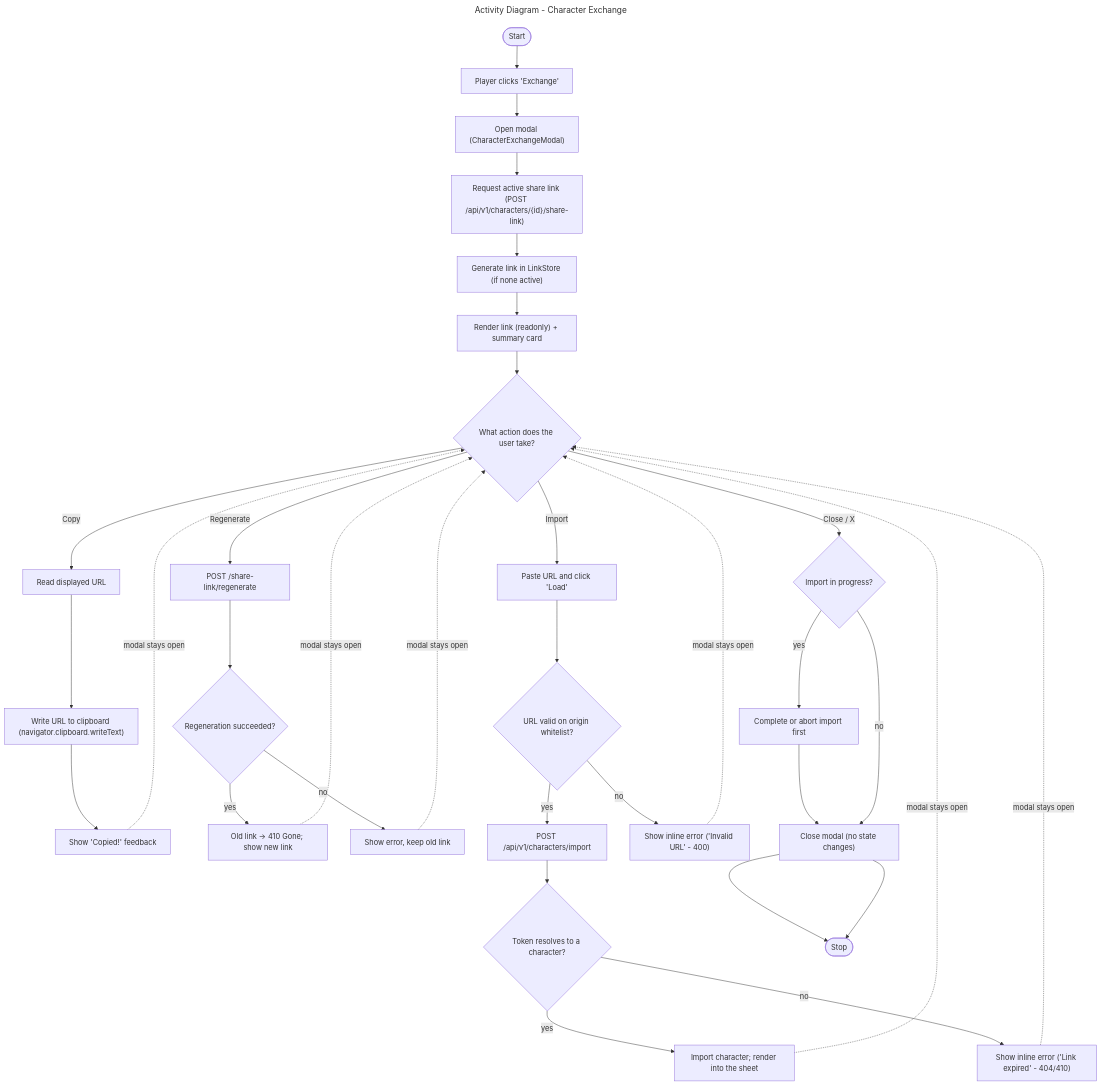
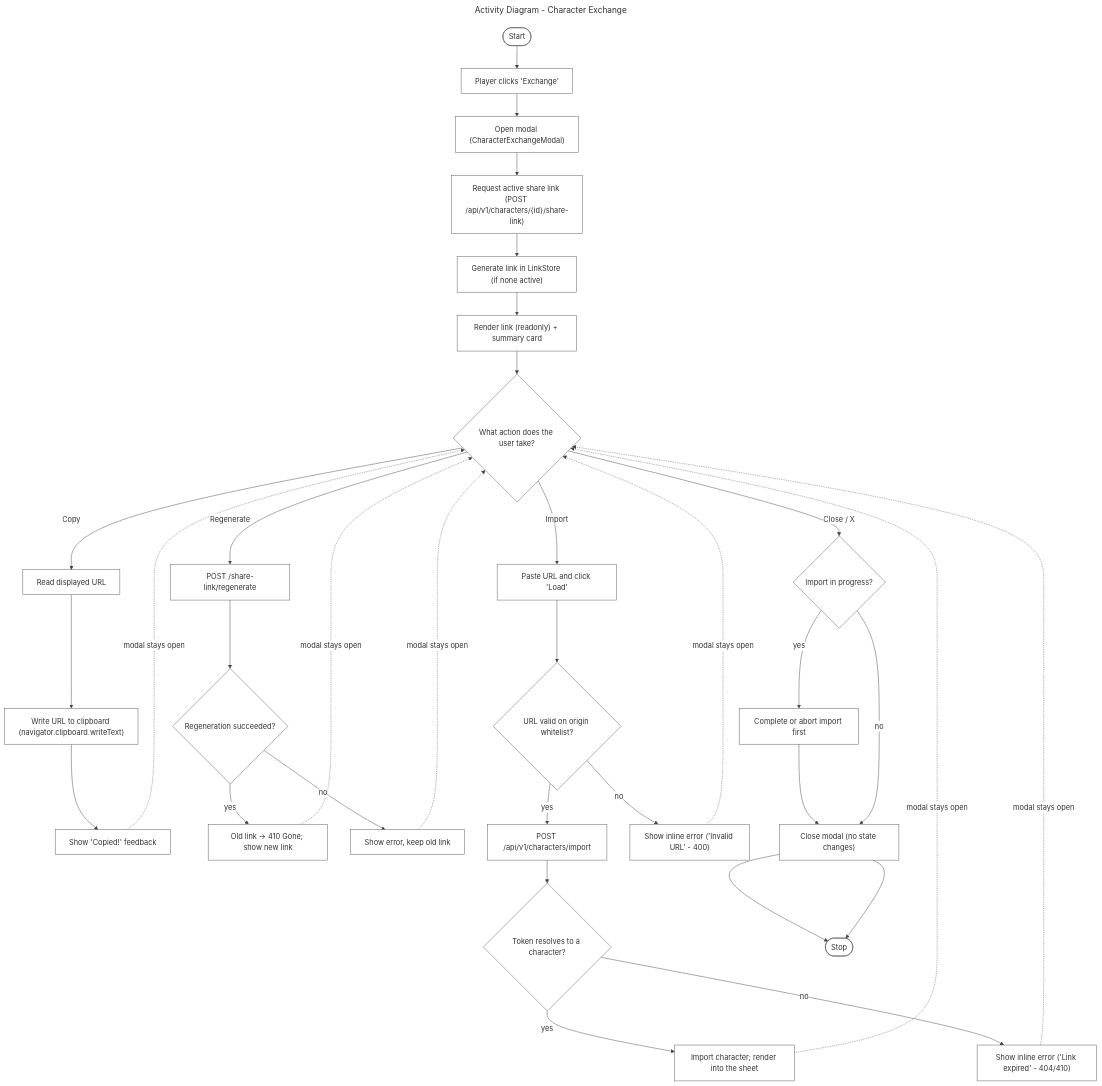
One commit to Margit-The-Fell-Omen/SDLC changed the diagram in uml/activity-diagram.mmd. Above: the diagram before and after it, drawn with Mermaid. The commit also changed 4 other files, not shown here.

Commit message:
UML background color fix

```diff
--- a/uml/activity-diagram.mmd
+++ b/uml/activity-diagram.mmd
@@ -1,71 +1,73 @@
 ---
 title: "Activity Diagram - Character Exchange"
 ---
 %%=================================================================
 %% Activity Diagram - Character Exchange flow
 %% RPG Character Sheet Application (target v1.2)
 %% Mermaid has no native UML activity diagram; this is a flowchart
 %% modelling the modal control flow (open/copy/regenerate/import/close).
 %%=================================================================
+%% Force white background so the diagram is readable in GitHub dark/light theme.
+%%{init: {"theme": "base", "themeVariables": { "background": "#ffffff", "mainBkg": "#ffffff", "primaryColor": "#ffffff", "nodeBorder": "#555555", "lineColor": "#444444" } } }%%
 flowchart TD
 
   start([Start])
 
   act1["Player clicks 'Exchange'"]
   act2["Open modal (CharacterExchangeModal)"]
   act3["Request active share link (POST /api/v1/characters/{id}/share-link)"]
   act4["Generate link in LinkStore (if none active)"]
   act5["Render link (readonly) + summary card"]
 
   %% ---- primary action decision ----
   dec1{"What action does the user take?"}
 
   copy1["Read displayed URL"]
   copy2["Write URL to clipboard (navigator.clipboard.writeText)"]
   copy3["Show 'Copied!' feedback"]
 
   reg1["POST /share-link/regenerate"]
   regdec{"Regeneration succeeded?"}
   regok["Old link -> 410 Gone; show new link"]
   regerr["Show error, keep old link"]
 
   imp1["Paste URL and click 'Load'"]
   impdec{"URL valid on origin whitelist?"}
   imp2["POST /api/v1/characters/import"]
   impdec2{"Token resolves to a character?"}
   impok["Import character; render into the sheet"]
   imperr1["Show inline error ('Link expired' - 404/410)"]
   imperr2["Show inline error ('Invalid URL' - 400)"]
 
   close1{"Import in progress?"}
   close2["Complete or abort import first"]
   close3["Close modal (no state changes)"]
   stop1([Stop])
 
   start --> act1 --> act2 --> act3 --> act4 --> act5 --> dec1
 
   %% copy branch (modal stays open -> loops back to dec1)
   dec1 -- Copy --> copy1 --> copy2 --> copy3
   copy3 -. modal stays open .-> dec1
 
   %% regenerate branch
   dec1 -- Regenerate --> reg1 --> regdec
   regdec -- yes --> regok
   regdec -- no --> regerr
   regok -. modal stays open .-> dec1
   regerr -. modal stays open .-> dec1
 
   %% import branch (with validity decision)
   dec1 -- Import --> imp1 --> impdec
   impdec -- yes --> imp2 --> impdec2
   impdec -- no --> imperr2
   impdec2 -- yes --> impok
   impdec2 -- no --> imperr1
   impok -. modal stays open .-> dec1
   imperr1 -. modal stays open .-> dec1
   imperr2 -. modal stays open .-> dec1
 
   %% close branch
   dec1 -- "Close / X" --> close1
   close1 -- yes --> close2 --> close3 --> stop1
   close1 -- no --> close3 --> stop1
```
